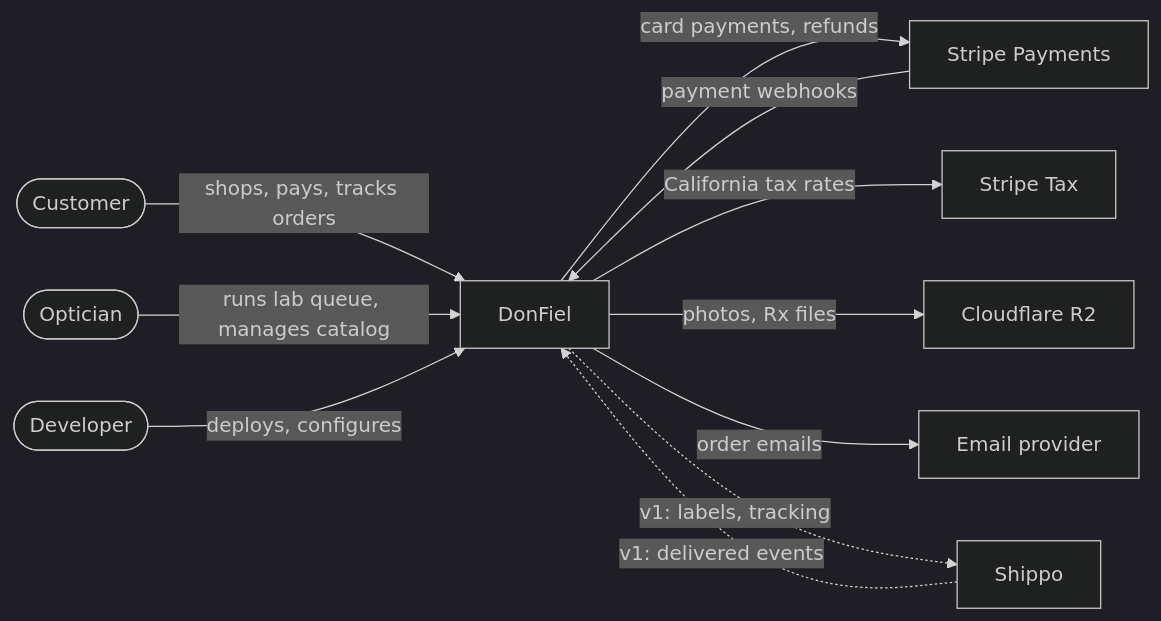
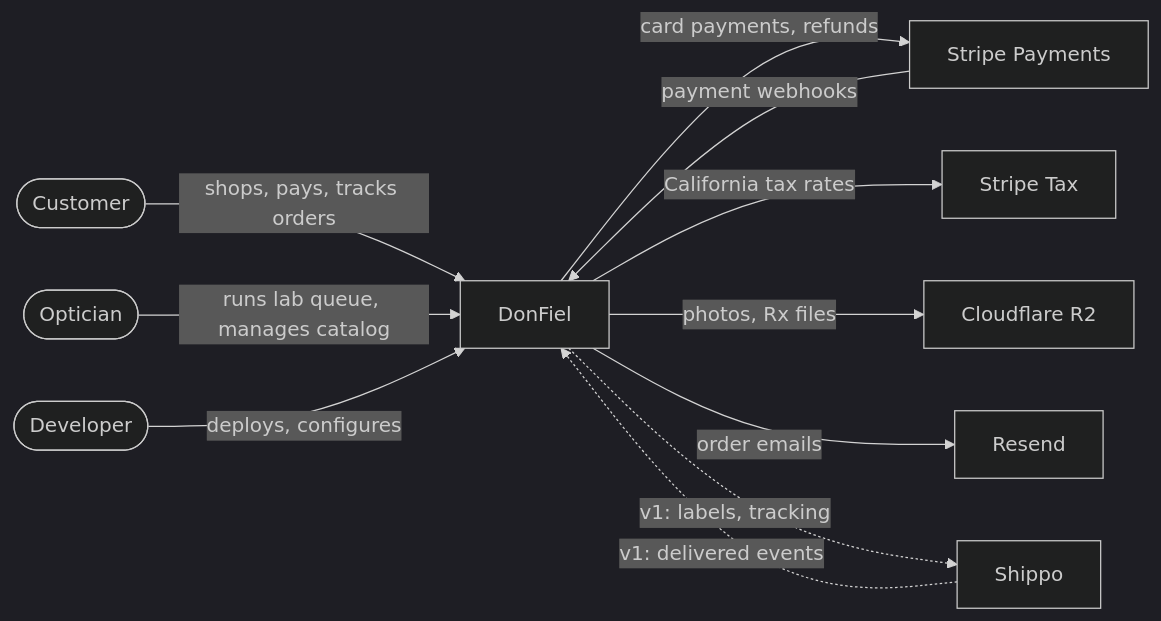
Before and after one commit to jocuri0427/DonFiel: the first of 7 diagrams in project_scope.md, drawn with Mermaid (dark theme). The commit also changed other lines of this file, not shown here.

````diff
--- a/project_scope.md
+++ b/project_scope.md
@@ -548,13 +569,13 @@
 ```mermaid
 flowchart LR
     C([Customer]) -->|shops, pays, tracks orders| DF[DonFiel]
     O([Optician]) -->|runs lab queue, manages catalog| DF
     D([Developer]) -->|deploys, configures| DF
     DF -->|card payments, refunds| ST[Stripe Payments]
     DF -->|California tax rates| TX[Stripe Tax]
     DF -->|photos, Rx files| R2[Cloudflare R2]
-    DF -->|order emails| EM[Email provider]
+    DF -->|order emails| EM[Resend]
     DF -.->|v1: labels, tracking| SH[Shippo]
     SH -.->|v1: delivered events| DF
     ST -->|payment webhooks| DF
 ```
````
